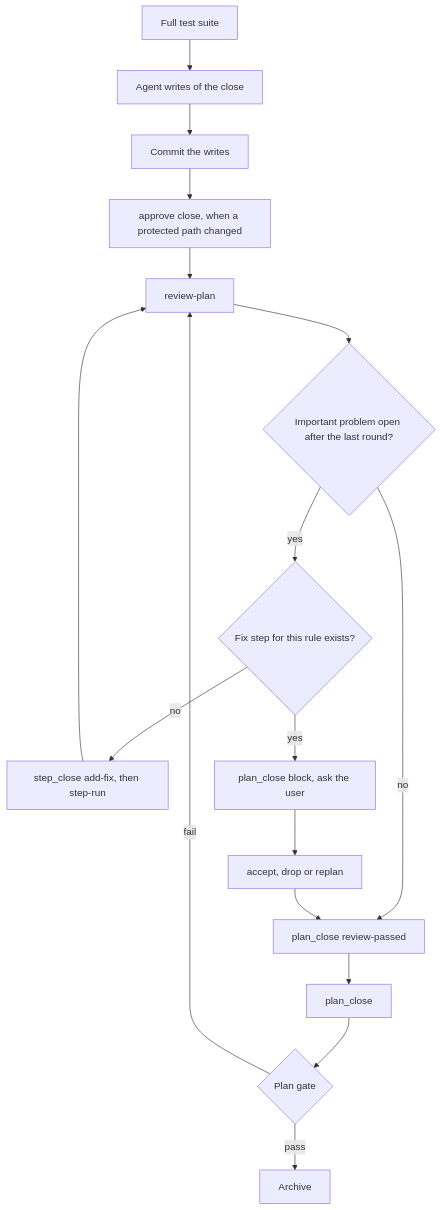
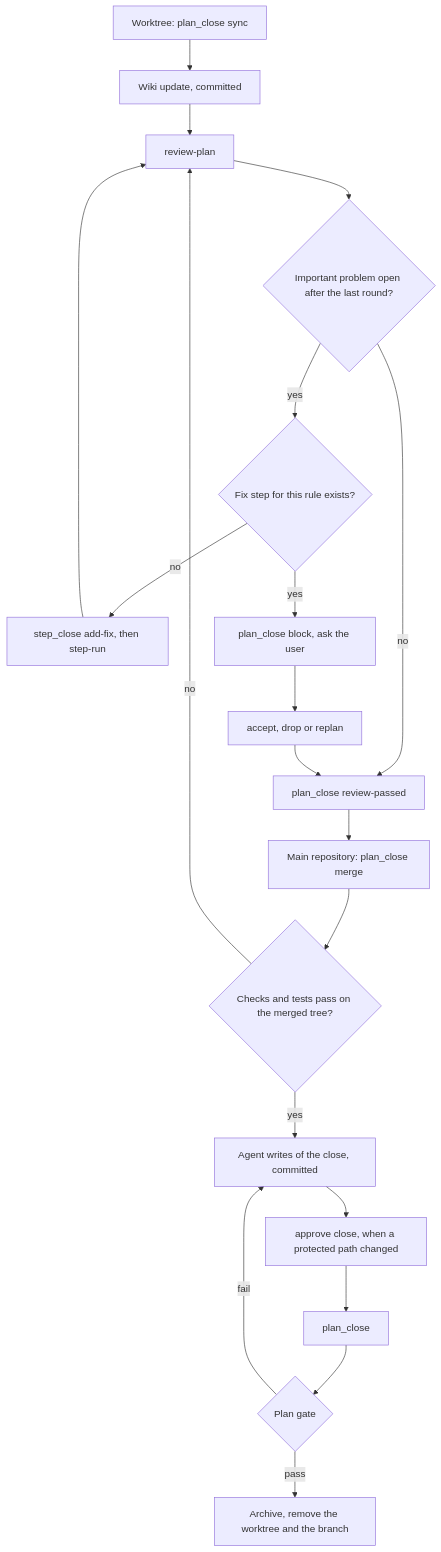
One commit to dskw/ai-template changed the seventh of 8 diagrams in docs/DOCS_CONVENTIONS.md. Above: the diagram before and after it, drawn with Mermaid. The commit also changed other lines of this file and 54 other files, not shown here.

Commit message:
Apply the findings A31 to A45: dependencies file, tuning by topic, smaller tests, ask rule for user answers, tool commits, milestone and plan tags, bound folder check, parallel plans in worktrees, short test reports

````diff
--- a/docs/DOCS_CONVENTIONS.md
+++ b/docs/DOCS_CONVENTIONS.md
@@ -401,19 +416,22 @@
 ```mermaid
 flowchart TD
-    suite[Full test suite] --> writes[Agent writes of the close]
-    writes --> commit[Commit the writes]
-    commit --> approve[approve close, when a protected path changed]
-    approve --> review[review-plan]
+    sync[Worktree: plan_close sync] --> wiki[Wiki update, committed]
+    wiki --> review[review-plan]
     review --> important{Important problem open after the last round?}
     important -->|no| passed[plan_close review-passed]
     important -->|yes| existing{Fix step for this rule exists?}
     existing -->|no| fix[step_close add-fix, then step-run]
     fix --> review
     existing -->|yes| block[plan_close block, ask the user]
     block --> choice[accept, drop or replan]
     choice --> passed
-    passed --> close[plan_close]
+    passed --> merge[Main repository: plan_close merge]
+    merge --> green{Checks and tests pass on the merged tree?}
+    green -->|no| review
+    green -->|yes| writes[Agent writes of the close, committed]
+    writes --> approve[approve close, when a protected path changed]
+    approve --> close[plan_close]
     close --> gate{Plan gate}
-    gate -->|fail| review
-    gate -->|pass| done[Archive]
+    gate -->|fail| writes
+    gate -->|pass| done[Archive, remove the worktree and the branch]
 ```
````
